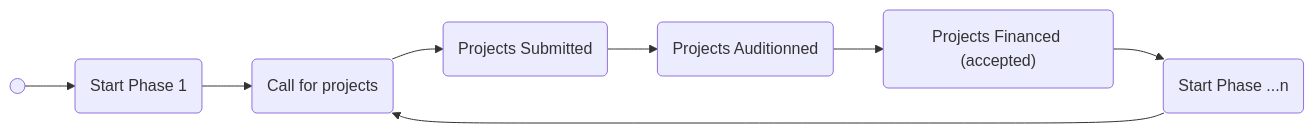
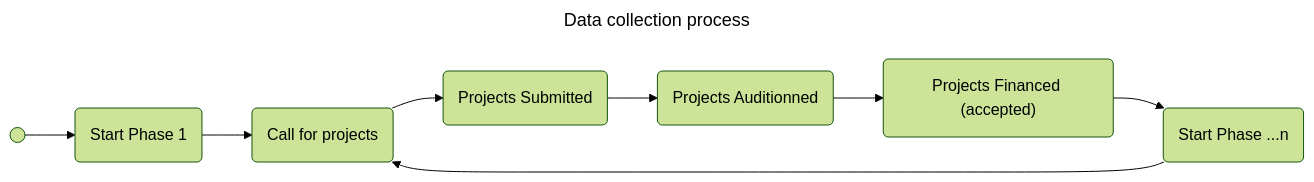
Before and after one commit to VCityTeam/PEPR-VDBI: the first of 2 diagrams in data-visualization/src/index.md, drawn with Mermaid. The commit also changed other lines of this file and 8 other files, not shown here.

Commit message:
update mermaid themes for light backgrounds

````diff
--- a/data-visualization/src/index.md
+++ b/data-visualization/src/index.md
@@ -58,10 +58,15 @@
 ```mermaid
+---
+title: Data collection process
+config:
+  theme: forest
+---
 flowchart LR
   Z(( )) --> ZZ(Start Phase 1)
   ZZ --> A
   A(Call for projects) --> B(Projects Submitted)
   B --> C(Projects Auditionned)
   C --> D("Projects Financed (accepted)")
   D --> ZZZ(Start Phase ...n)
   ZZZ --> A
 ```
````
